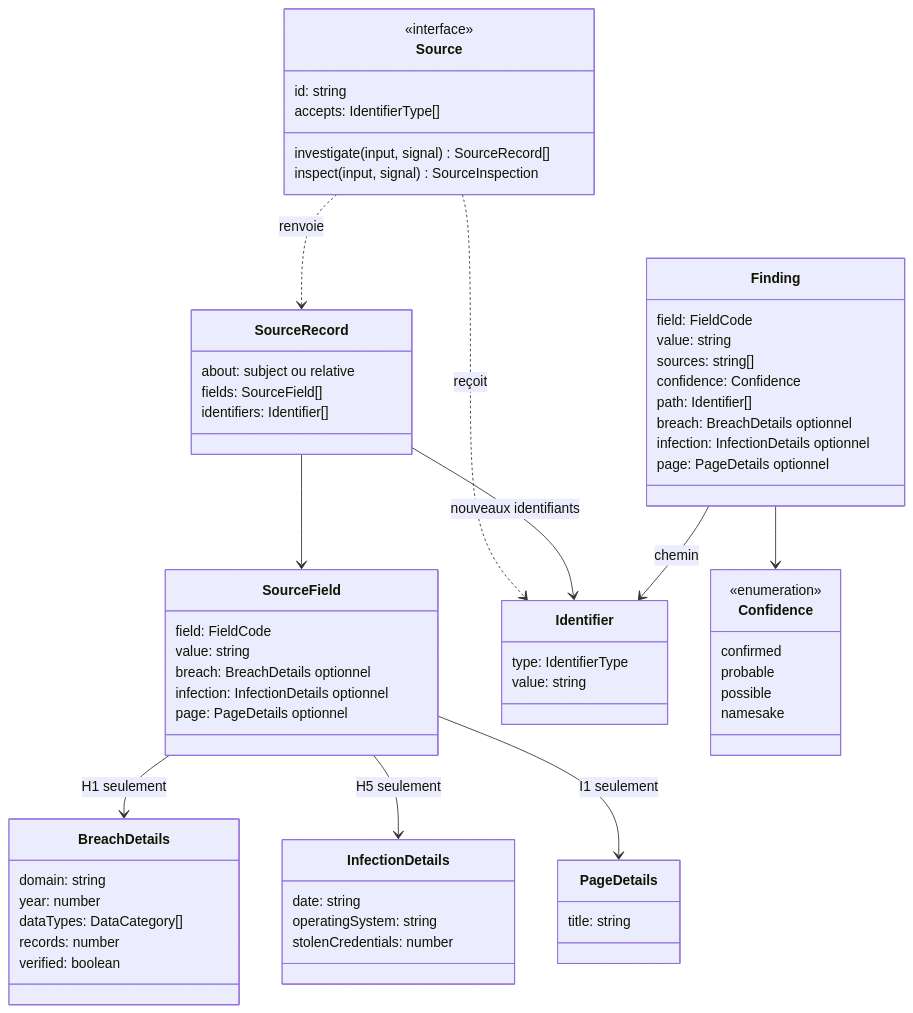
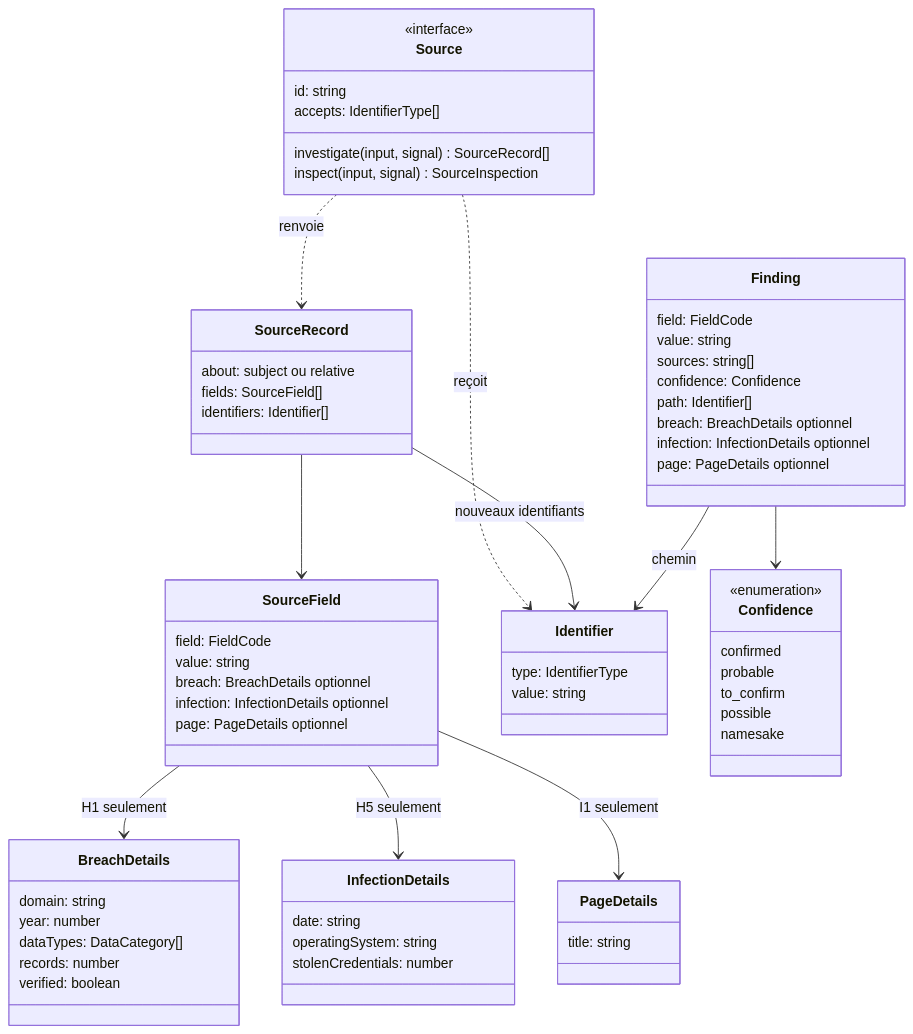
Before and after one commit to SaltyKeed/osint-open-doors: the second of 2 diagrams in docs/ARCHITECTURE.md, drawn with Mermaid. The commit also changed other lines of this file and 24 other files, not shown here.

````diff
--- a/docs/ARCHITECTURE.md
+++ b/docs/ARCHITECTURE.md
@@ -196,67 +209,68 @@
 ```mermaid
 classDiagram
     class Source {
         <<interface>>
         id: string
         accepts: IdentifierType[]
         investigate(input, signal) SourceRecord[]
         inspect(input, signal) SourceInspection
     }
     class SourceRecord {
         about: subject ou relative
         fields: SourceField[]
         identifiers: Identifier[]
     }
     class SourceField {
         field: FieldCode
         value: string
         breach: BreachDetails optionnel
         infection: InfectionDetails optionnel
         page: PageDetails optionnel
     }
     class PageDetails {
         title: string
     }
     class InfectionDetails {
         date: string
         operatingSystem: string
         stolenCredentials: number
     }
     class BreachDetails {
         domain: string
         year: number
         dataTypes: DataCategory[]
         records: number
         verified: boolean
     }
     class Identifier {
         type: IdentifierType
         value: string
     }
     class Finding {
         field: FieldCode
         value: string
         sources: string[]
         confidence: Confidence
         path: Identifier[]
         breach: BreachDetails optionnel
         infection: InfectionDetails optionnel
         page: PageDetails optionnel
     }
     class Confidence {
         <<enumeration>>
         confirmed
         probable
+        to_confirm
         possible
         namesake
     }
     Source ..> Identifier : reçoit
     Source ..> SourceRecord : renvoie
     SourceRecord --> SourceField
     SourceField --> BreachDetails : H1 seulement
     SourceField --> InfectionDetails : H5 seulement
     SourceField --> PageDetails : I1 seulement
     SourceRecord --> Identifier : nouveaux identifiants
     Finding --> Identifier : chemin
     Finding --> Confidence
 ```
````
